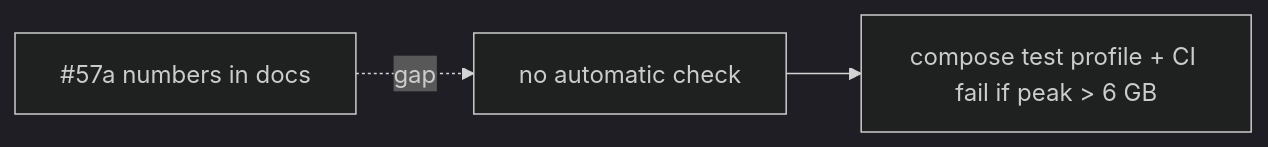
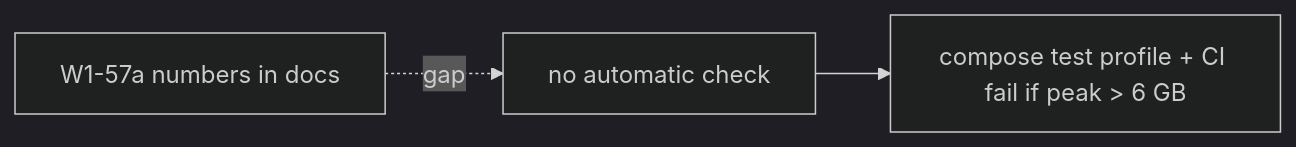
The ninth of 9 diagrams in docs/design/wave1-mvp/tickets/ops-budget.md (Stihotvor/law_by_ai), drawn with Mermaid (dark theme) before and after one commit. The commit also changed other lines of this file and 15 other files, not shown here.

````diff
--- a/docs/design/wave1-mvp/tickets/ops-budget.md
+++ b/docs/design/wave1-mvp/tickets/ops-budget.md
@@ -357,5 +357,5 @@
 ```mermaid
 flowchart LR
-  B[#57a numbers in docs] -. gap .-> E[no automatic check]
+  B[W1-57a numbers in docs] -. gap .-> E[no automatic check]
   E --> CI[compose test profile + CI fail if peak > 6 GB]
 ```
````
